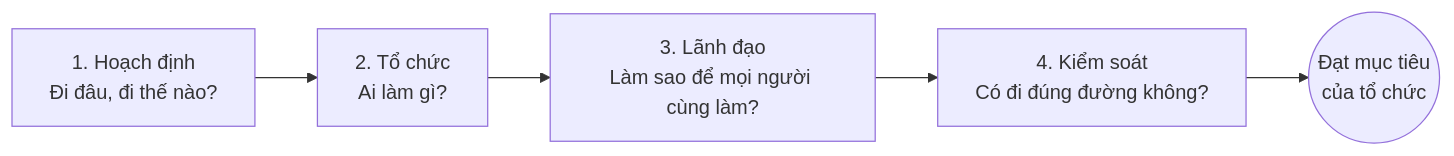
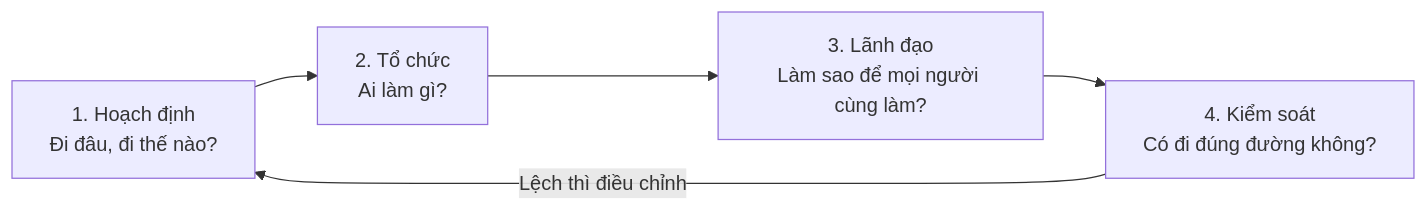
Before and after one commit to khanhnd2208/webofficial: the second of 3 diagrams in content/learn/itm/bai-1.md, drawn with Mermaid. The commit also changed other lines of this file and 29 other files, not shown here.

````diff
--- a/content/learn/itm/bai-1.md
+++ b/content/learn/itm/bai-1.md
@@ -142,7 +241,7 @@
 ```mermaid
 flowchart LR
     P["1. Hoạch định<br/>Đi đâu, đi thế nào?"] --> O["2. Tổ chức<br/>Ai làm gì?"]
     O --> L["3. Lãnh đạo<br/>Làm sao để mọi người cùng làm?"]
     L --> C["4. Kiểm soát<br/>Có đi đúng đường không?"]
-    C --> G(("Đạt mục tiêu<br/>của tổ chức"))
+    C -- "Lệch thì điều chỉnh" --> P
 ```
````
